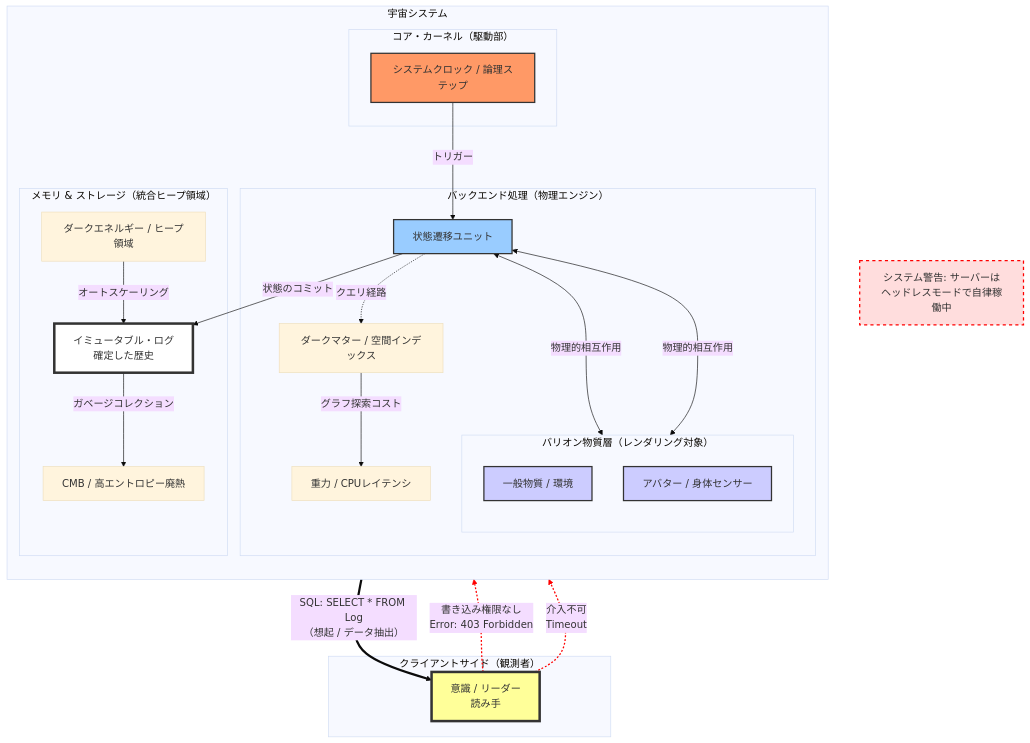
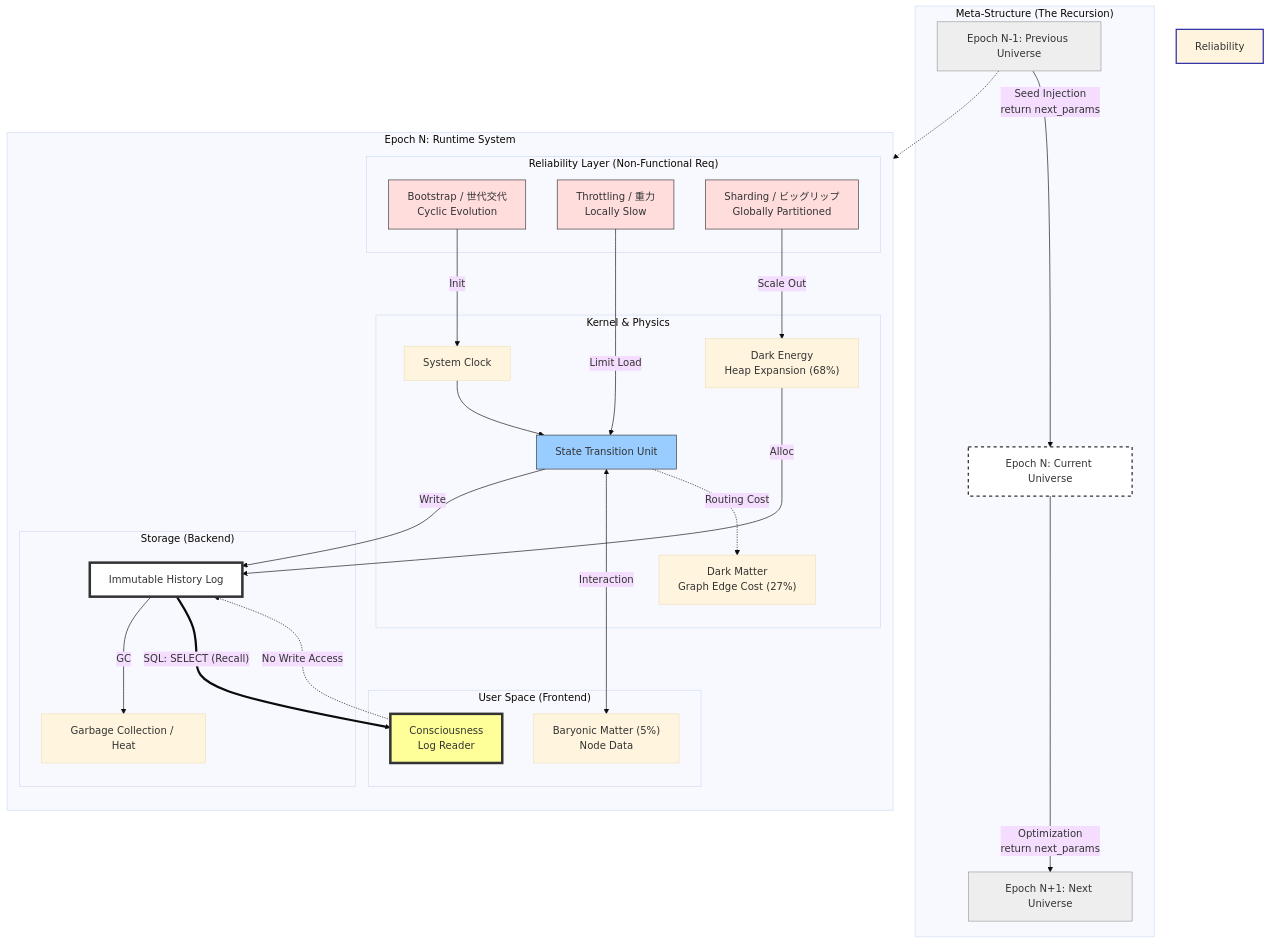
Before and after one commit to Sevenforest/Digital-Cosmology: the diagram in 01_Theory_Core/Vol3_System_Architecture.md, drawn with Mermaid (base theme). The commit also changed 3 other files, not shown here.

Commit message:
feat: Add Vol.4 System Reliability & Refactor Kernel Structure

````diff
--- a/01_Theory_Core/Vol3_System_Architecture.md
+++ b/01_Theory_Core/Vol3_System_Architecture.md
@@ -91,92 +91,86 @@
 ```mermaid
 graph TD
     %% ==========================================
-    %% 1. ノードとサブグラフの定義（配置優先）
+    %% Digital Cosmology Architecture v2.1 (Fix)
+    %% Reviewed by: Claude & Gemini
     %% ==========================================
 
-    subgraph "宇宙システム"
+    subgraph "Meta-Structure (The Recursion)"
+        Epoch_N_minus_1["Epoch N-1: Previous Universe"]
+        Epoch_N["Epoch N: Current Universe"]
+        Epoch_N_plus_1["Epoch N+1: Next Universe"]
+
+        Epoch_N_minus_1 -->|Seed Injection<br>return next_params| Epoch_N
+        Epoch_N -->|Optimization<br>return next_params| Epoch_N_plus_1
+    end
+
+    subgraph "Epoch N: Runtime System"
         direction TB
 
-        subgraph "コア・カーネル（駆動部）"
-            Clock[システムクロック / 論理ステップ]
+        subgraph "Reliability Layer (Non-Functional Req)"
+            Throttle["Throttling / 重力<br>Locally Slow"]
+            Shard["Sharding / ビッグリップ<br>Globally Partitioned"]
+            Bootstrap["Bootstrap / 世代交代<br>Cyclic Evolution"]
         end
 
-        subgraph "バックエンド処理（物理エンジン）"
-            Process[状態遷移ユニット]
-            
-            subgraph "バリオン物質層（レンダリング対象）"
-                direction TB
-                Env[一般物質 / 環境]
-                Body[アバター / 身体センサー]
-            end
-            
-            DM[ダークマター / 空間インデックス]
-            G[重力 / CPUレイテンシ]
+        subgraph "Kernel & Physics"
+            Clock[System Clock]
+            Process[State Transition Unit]
+            DM["Dark Matter<br>Graph Edge Cost (27%)"]
+            DE["Dark Energy<br>Heap Expansion (68%)"]
         end
 
-        subgraph "メモリ & ストレージ（統合ヒープ領域）"
-            DE[ダークエネルギー / ヒープ領域]
-            Log[イミュータブル・ログ<br>確定した歴史]
-            CMB[CMB / 高エントロピー廃熱]
+        subgraph "User Space (Frontend)"
+            Baryon["Baryonic Matter (5%)<br>Node Data"]
+            Consc["Consciousness<br>Log Reader"]
+        end
+        
+        subgraph "Storage (Backend)"
+            Log[Immutable History Log]
+            CMB["Garbage Collection / Heat"]
         end
     end
 
-    subgraph "クライアントサイド（観測者）"
-        Consc[意識 / リーダー<br>読み手]
-    end
+    %% ==========================================
+    %% Connections
+    %% ==========================================
 
-    %% アラート
-    Alert[システム警告: サーバーはヘッドレスモードで自律稼働中]
+    %% Bootstrap Logic
+    Bootstrap -->|Init| Clock
+    Epoch_N_minus_1 -.-> Bootstrap
+
+    %% Reliability Logic
+    Throttle -->|Limit Load| Process
+    Shard -->|Scale Out| DE
+
+    %% Core Process
+    Clock --> Process
+    Process -->|Write| Log
+    Process <-->|Interaction| Baryon
+    Process -.->|Routing Cost| DM
+
+    %% Resource Management
+    DE -->|Alloc| Log
+    Log -->|GC| CMB
+    
+    %% User Interaction
+    Log == "SQL: SELECT (Recall)" ==> Consc
+    Consc -.->|No Write Access| Log
 
     %% ==========================================
-    %% 2. 接続定義（描画順序の制御）
-    %% ==========================================
-
-    %% 内部プロセス
-    Clock -->|トリガー| Process
-    Process <--->|物理的相互作用| Env
-    Process <--->|物理的相互作用| Body
-    
-    %% ダークマター関連
-    DM -->|グラフ探索コスト| G
-    Process -.->|クエリ経路| DM
-
-    %% メモリ・ログ関連
-    DE -->|オートスケーリング| Log
-    Process -->|状態のコミット| Log
-    Log -->|ガベージコレクション| CMB
-
-    %% ------------------------------------------
-    %% 意識との接続
-    %% ------------------------------------------
-    
-    %% 1. SELECT権限（許可）
-    Log == "SQL: SELECT * FROM Log<br>（想起 / データ抽出）" ==> Consc
-
-    %% 2. INSERT/UPDATE権限（禁止）
-    Consc -.->|書き込み権限なし<br>Error: 403 Forbidden| Log
-    
-    %% 3. EXECUTE権限（禁止）
-    Consc -.->|介入不可<br>Timeout| Process
-
-    %% ==========================================
-    %% 3. スタイル定義
+    %% Styles
     %% ==========================================
     
-    style Clock fill:#f96,stroke:#333,stroke-width:2px
-    style Process fill:#9cf,stroke:#333,stroke-width:2px
-    style Body fill:#ccf,stroke:#333,stroke-width:2px
-    style Env fill:#ccf,stroke:#333,stroke-width:2px
+    style Epoch_N fill:#fff,stroke:#333,stroke-width:2px,stroke-dasharray: 5 5
+    style Epoch_N_minus_1 fill:#eee,stroke:#999
+    style Epoch_N_plus_1 fill:#eee,stroke:#999
+    
+    style Reliability Layer fill:#eef,stroke:#33a,stroke-width:2px
+    style Throttle fill:#fdd,stroke:#333
+    style Shard fill:#fdd,stroke:#333
+    style Bootstrap fill:#fdd,stroke:#333
+
+    style Process fill:#9cf,stroke:#333
     style Log fill:#fff,stroke:#333,stroke-width:4px
     style Consc fill:#ff9,stroke:#333,stroke-width:4px
-    style Alert fill:#fdd,stroke:#f00,stroke-width:2px,stroke-dasharray: 5 5
-    
-    %% linkStyleのインデックスは「矢印の定義順」に依存するため
-    %% 上記の記述順序に合わせて再計算：
-    %% 0:Clock->Process, 1:Proc<->Env, 2:Proc<->Body, 3:DM->G, 4:Proc->DM
-    %% 5:DE->Log, 6:Proc->Log, 7:Log->CMB, 
-    %% 8:Log=>Consc, 9:Consc->Log(403), 10:Consc->Process(Timeout)
-    
-    %% なので、9番目と10番目の線を赤くする
-    linkStyle 9,10 stroke:red,stroke-width:2px,stroke-dasharray: 3 3;
 ```
````
